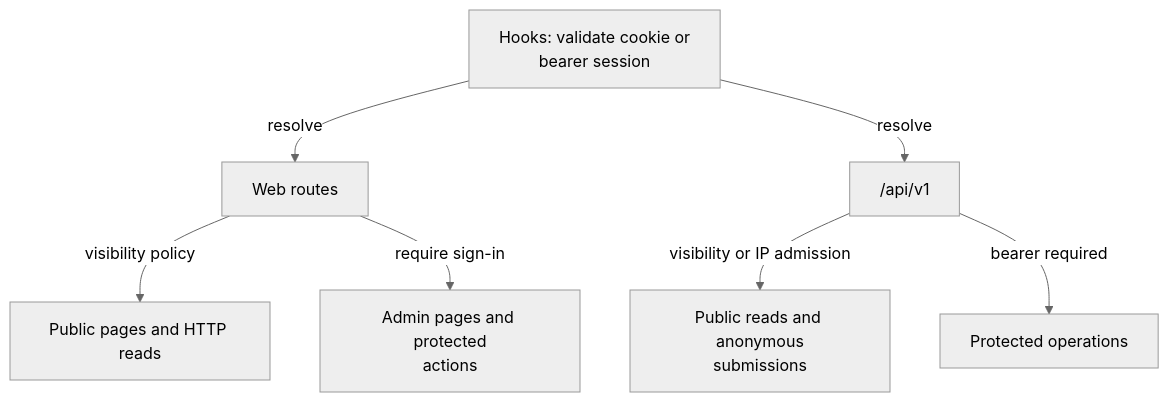
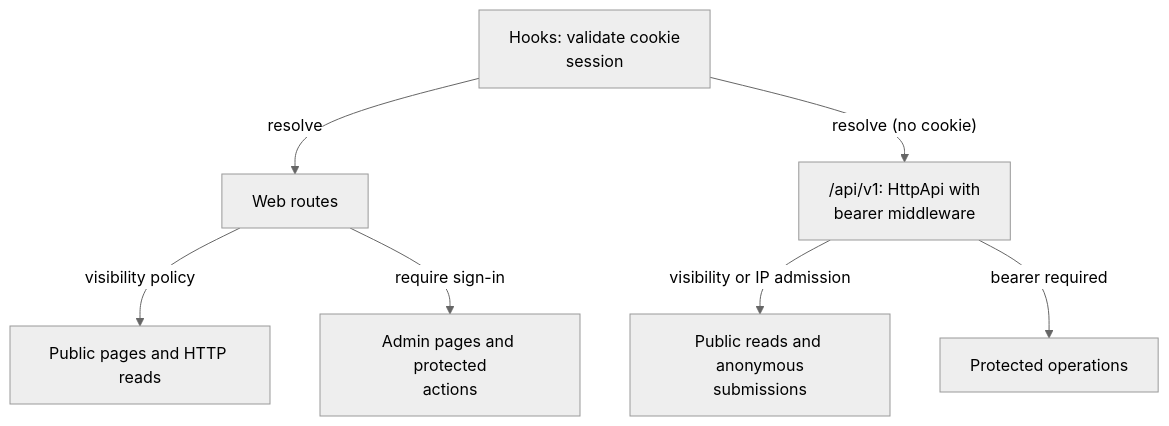
The first of 2 diagrams in src/routes/README.md (jonathan-lindqvist/enstorstarkreview), drawn with Mermaid (neutral theme) before and after one commit. The commit also changed other lines of this file and 21 other files, not shown here.

Commit message:
docs: describe the Effect runtime, HttpApi and test layers

````diff
--- a/src/routes/README.md
+++ b/src/routes/README.md
@@ -12,9 +14,9 @@
 ```mermaid
 flowchart TD
-    Hooks["Hooks: validate cookie or<br/>bearer session"] -->|"resolve"| Web["Web routes"]
-    Hooks -->|"resolve"| API["/api/v1"]
+    Hooks["Hooks: validate cookie<br/>session"] -->|"resolve"| Web["Web routes"]
+    Hooks -->|"resolve (no cookie)"| API["/api/v1: HttpApi with<br/>bearer middleware"]
     Web -->|"visibility policy"| Public["Public pages and HTTP reads"]
     Web -->|"require sign-in"| Editors["Admin pages and protected<br/>actions"]
     API -->|"visibility or IP admission"| Reads["Public reads and anonymous<br/>submissions"]
     API -->|"bearer required"| Writes["Protected operations"]
 ```
````
